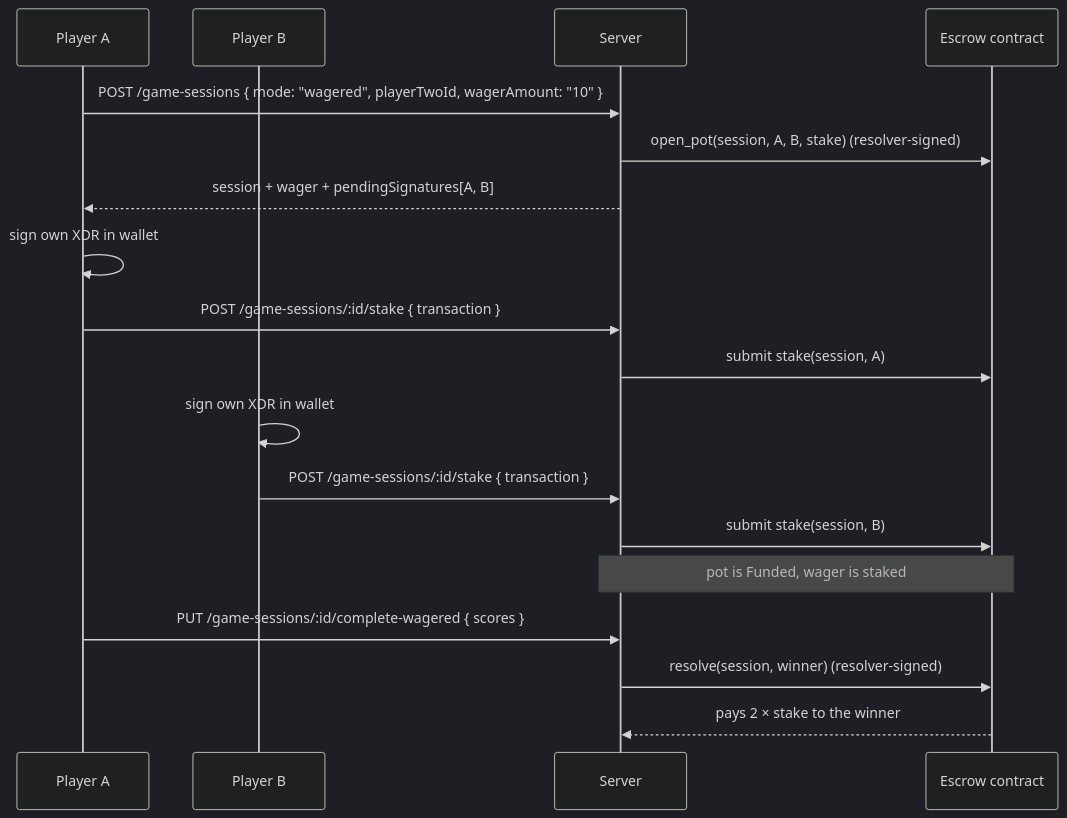
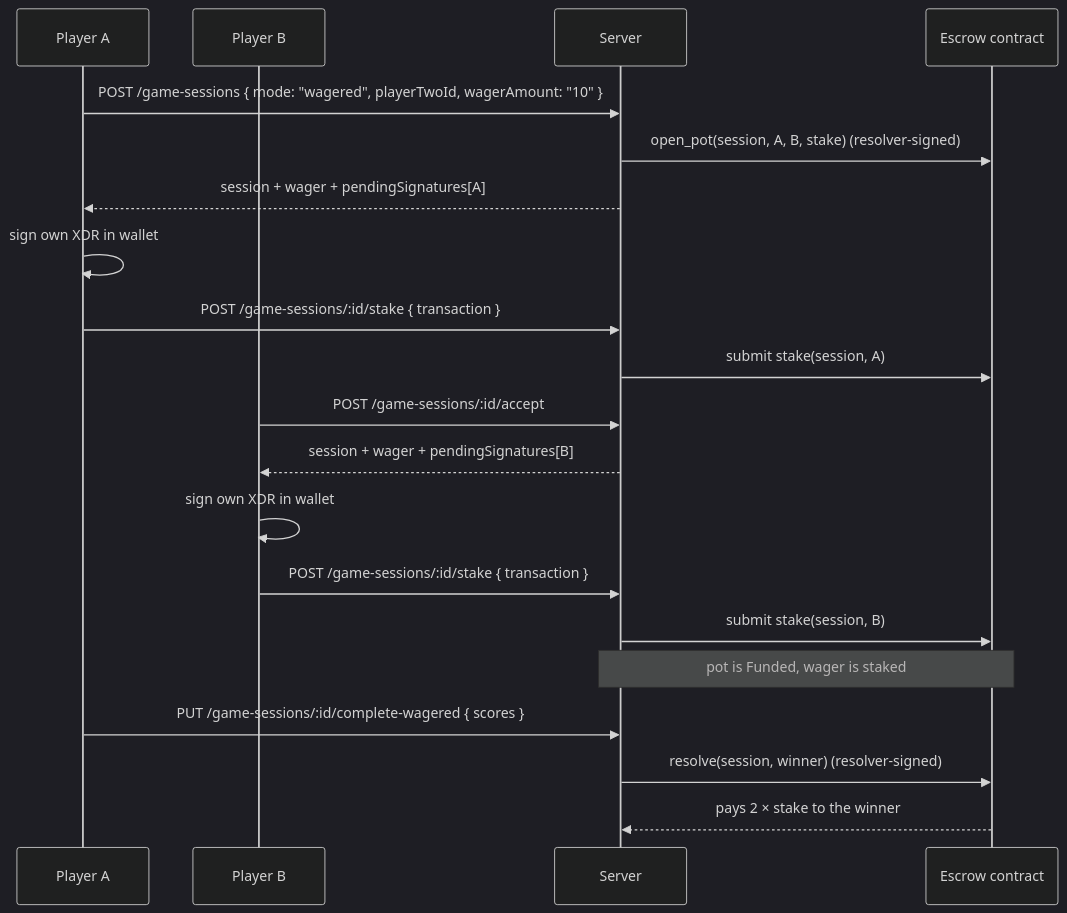
The sixth of 6 diagrams in README.md (Stellar-songifi/Lyricsflip_server), drawn with Mermaid (dark theme) before and after one commit. The commit also changed other lines of this file and 24 other files, not shown here.

````diff
--- a/README.md
+++ b/README.md
@@ -474,20 +483,22 @@
 ```mermaid
 sequenceDiagram
     participant A as Player A
     participant B as Player B
     participant S as Server
     participant E as Escrow contract
     A->>S: POST /game-sessions { mode: "wagered", playerTwoId, wagerAmount: "10" }
     S->>E: open_pot(session, A, B, stake)  (resolver-signed)
-    S-->>A: session + wager + pendingSignatures[A, B]
+    S-->>A: session + wager + pendingSignatures[A]
     A->>A: sign own XDR in wallet
     A->>S: POST /game-sessions/:id/stake { transaction }
     S->>E: submit stake(session, A)
+    B->>S: POST /game-sessions/:id/accept
+    S-->>B: session + wager + pendingSignatures[B]
     B->>B: sign own XDR in wallet
     B->>S: POST /game-sessions/:id/stake { transaction }
     S->>E: submit stake(session, B)
     Note over S,E: pot is Funded, wager is staked
     A->>S: PUT /game-sessions/:id/complete-wagered { scores }
     S->>E: resolve(session, winner)  (resolver-signed)
     E-->>S: pays 2 × stake to the winner
 ```
````
